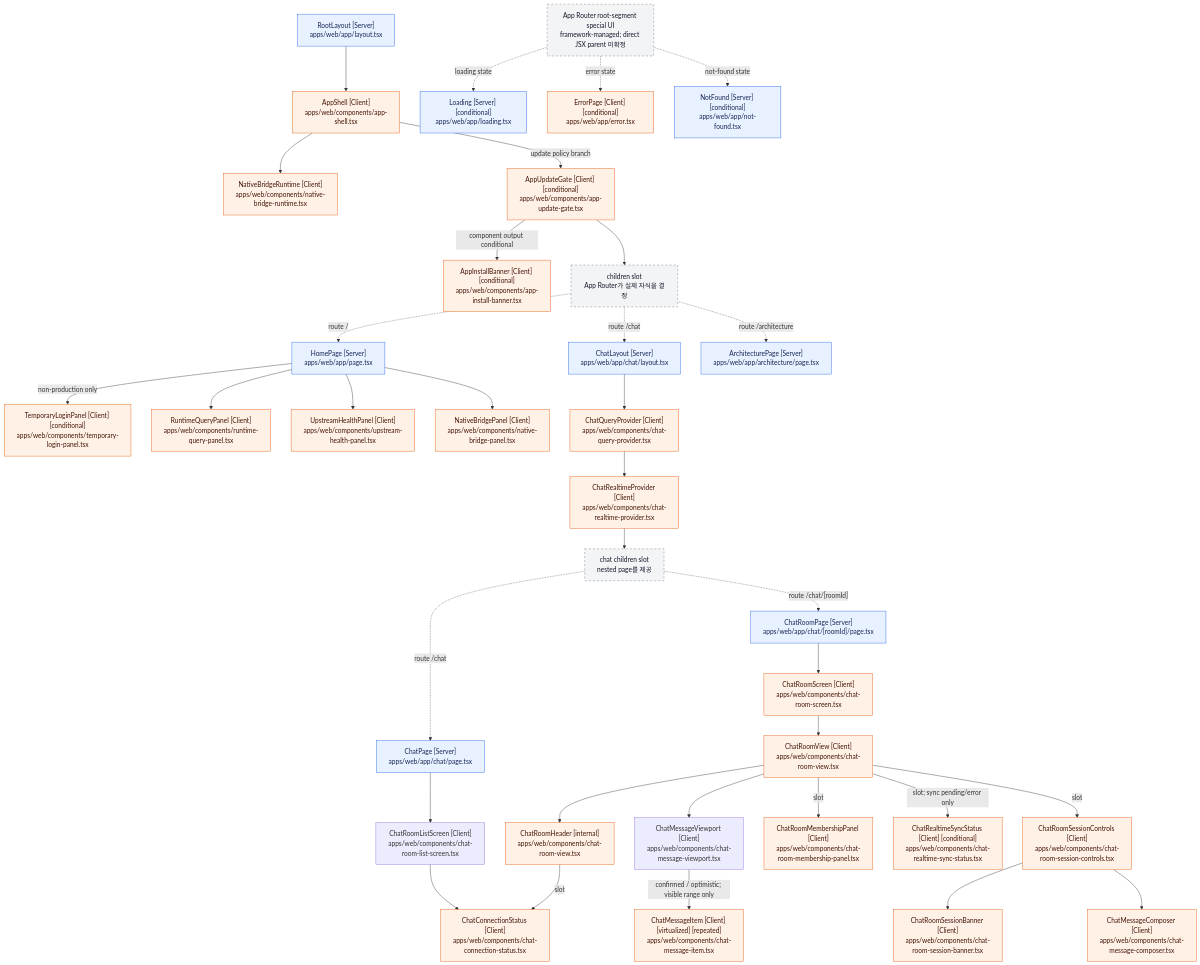
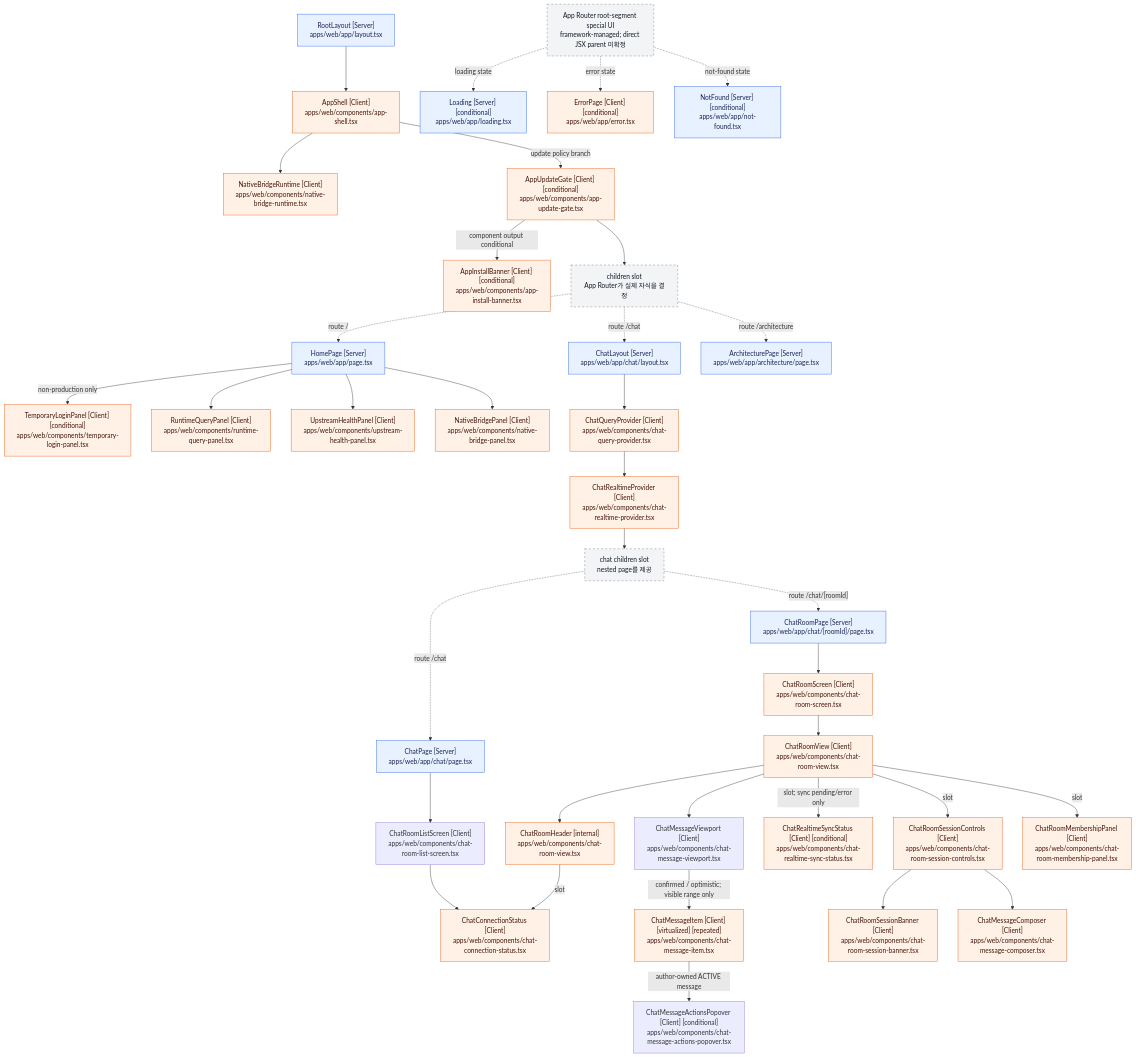
Before and after one commit to mokpombc17-coder/CIVIC-AI: the diagram in docs/architecture/react-component-tree.md, drawn with Mermaid. The commit also changed other lines of this file and 10 other files, not shown here.

Commit message:
feat(chat): add message edit and delete UI

```diff
--- a/docs/architecture/react-component-tree.md
+++ b/docs/architecture/react-component-tree.md
@@ -150,6 +153,7 @@
     ChatRoomHeader["ChatRoomHeader [internal]<br/>apps/web/components/chat-room-view.tsx"]
     ChatMessageViewport["ChatMessageViewport [Client]<br/>apps/web/components/chat-message-viewport.tsx"]
     ChatMessageItem["ChatMessageItem [Client] [virtualized] [repeated]<br/>apps/web/components/chat-message-item.tsx"]
+    ChatMessageActionsPopover["ChatMessageActionsPopover [Client] [conditional]<br/>apps/web/components/chat-message-actions-popover.tsx"]
     ChatRoomMembershipPanel["ChatRoomMembershipPanel [Client]<br/>apps/web/components/chat-room-membership-panel.tsx"]
     ChatConnectionStatus["ChatConnectionStatus [Client]<br/>apps/web/components/chat-connection-status.tsx"]
     ChatRealtimeSyncStatus["ChatRealtimeSyncStatus [Client] [conditional]<br/>apps/web/components/chat-realtime-sync-status.tsx"]
@@ -190,6 +194,7 @@
     ChatRoomHeader -->|"slot"| ChatConnectionStatus
     ChatRoomView --> ChatMessageViewport
     ChatMessageViewport -->|"confirmed / optimistic; visible range only"| ChatMessageItem
+    ChatMessageItem -->|"author-owned ACTIVE message"| ChatMessageActionsPopover
     ChatRoomView -->|"slot; sync pending/error only"| ChatRealtimeSyncStatus
     ChatRoomView -->|"slot"| ChatRoomSessionControls
     ChatRoomSessionControls --> ChatRoomSessionBanner
```
